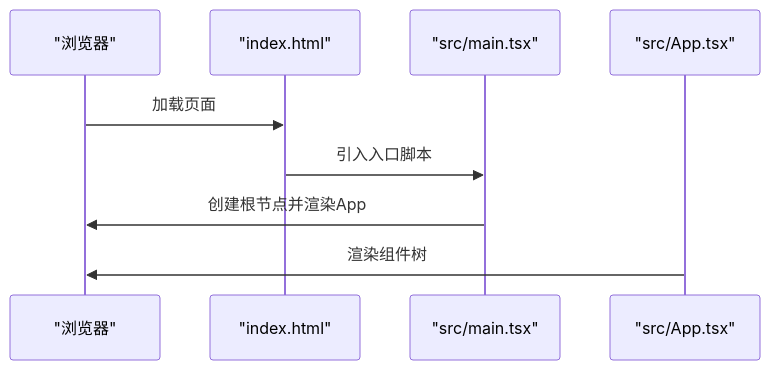
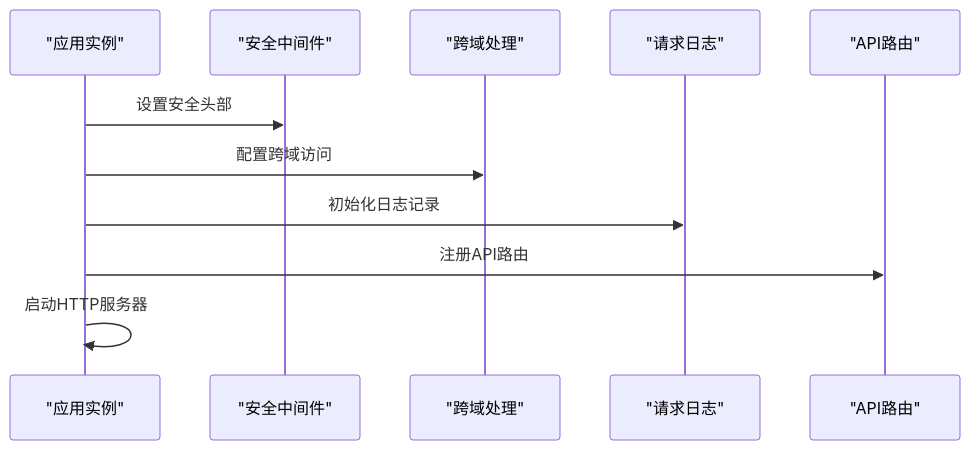
Before and after one commit to xianjianshenqu/SalesFlow-CRM: the fifth of 6 diagrams in .qoder/repowiki/zh/content/部署指南.md, drawn with Mermaid. The commit also changed other lines of this file and 17 other files, not shown here.

````diff
--- a/.qoder/repowiki/zh/content/部署指南.md
+++ b/.qoder/repowiki/zh/content/部署指南.md
@@ -190,11 +212,13 @@
 ```mermaid
 sequenceDiagram
-participant Browser as "浏览器"
-participant HTML as "index.html"
-participant Main as "src/main.tsx"
-participant App as "src/App.tsx"
-Browser->>HTML : 加载页面
-HTML->>Main : 引入入口脚本
-Main->>Browser : 创建根节点并渲染App
-App->>Browser : 渲染组件树
+participant App as "应用实例"
+participant Helmet as "安全中间件"
+participant CORS as "跨域处理"
+participant Logger as "请求日志"
+participant Routes as "API路由"
+App->>Helmet : 设置安全头部
+App->>CORS : 配置跨域访问
+App->>Logger : 初始化日志记录
+App->>Routes : 注册API路由
+App->>App : 启动HTTP服务器
 ```
````
